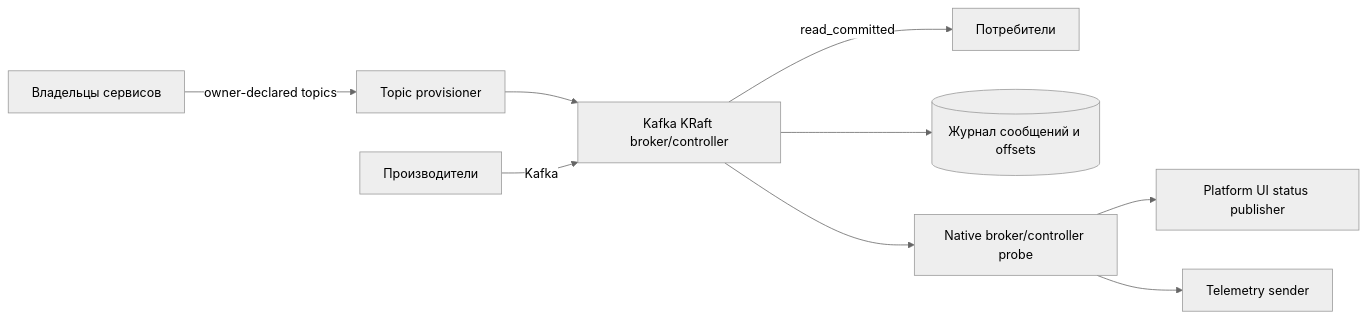
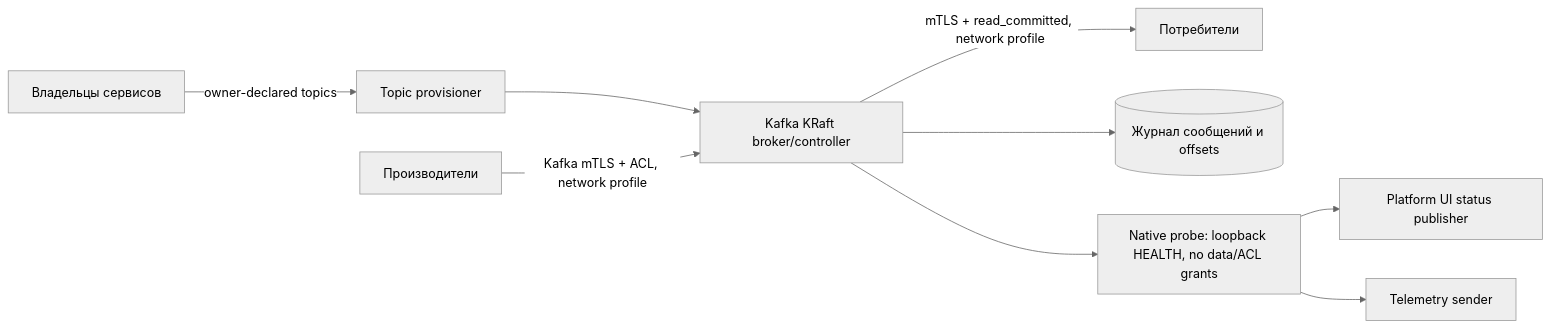
One commit to sapogov1978/AELEV-platform-infrastructure changed the diagram in kafka/architecture.mmd. Above: the diagram before and after it, drawn with Mermaid (neutral theme). The commit also changed 22 other files, not shown here.

Commit message:
feat(kafka): add native mTLS network profile and publisher probe

```diff
--- a/kafka/architecture.mmd
+++ b/kafka/architecture.mmd
@@ -1,9 +1,9 @@
 flowchart LR
     Owners["Владельцы сервисов"] -->|owner-declared topics| Provisioner["Topic provisioner"]
     Provisioner --> Broker["Kafka KRaft broker/controller"]
-    Producers["Производители"] -->|Kafka| Broker
-    Broker -->|read_committed| Consumers["Потребители"]
+    Producers["Производители"] -->|Kafka mTLS + ACL, network profile| Broker
+    Broker -->|mTLS + read_committed, network profile| Consumers["Потребители"]
     Broker --> Log[("Журнал сообщений и offsets")]
-    Broker --> Probe["Native broker/controller probe"]
+    Broker --> Probe["Native probe: loopback HEALTH, no data/ACL grants"]
     Probe --> Status["Platform UI status publisher"]
     Probe --> Telemetry["Telemetry sender"]
```
